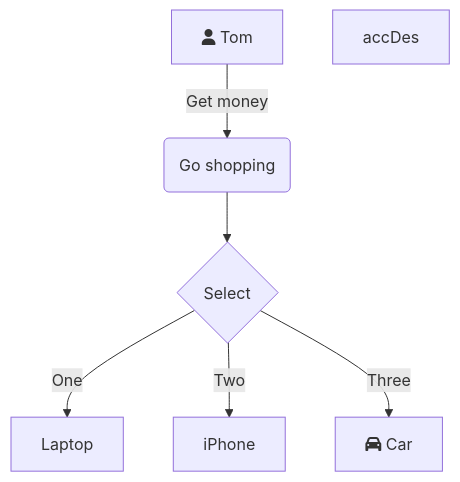
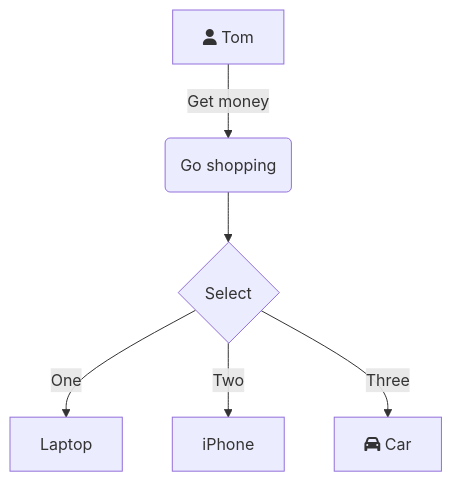
The diagram in all/未命名.md (Jason-Wang0713/iodraw-files), drawn with Mermaid before and after one commit.

Commit message:
2026-01-29 18:46:50 update

````diff
--- a/all/未命名.md
+++ b/all/未命名.md
@@ -1,9 +1,9 @@
 ```mermaid
 graph TD
     A[fa:fa-user Tom] -->|Get money| B(Go shopping)
     B --> C{Select}
     C -->|One| D[Laptop]
     C -->|Two| E[iPhone]
     C -->|Three| F[fa:fa-car Car]
-  accDes
+    A
 ```
````
